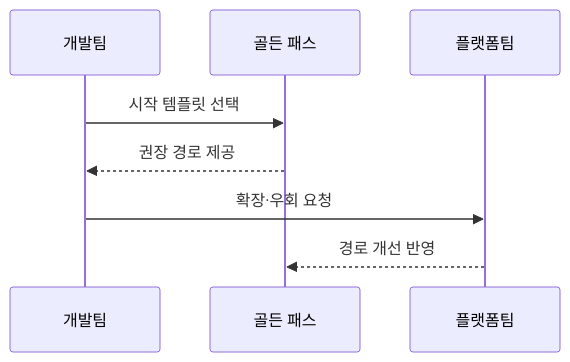
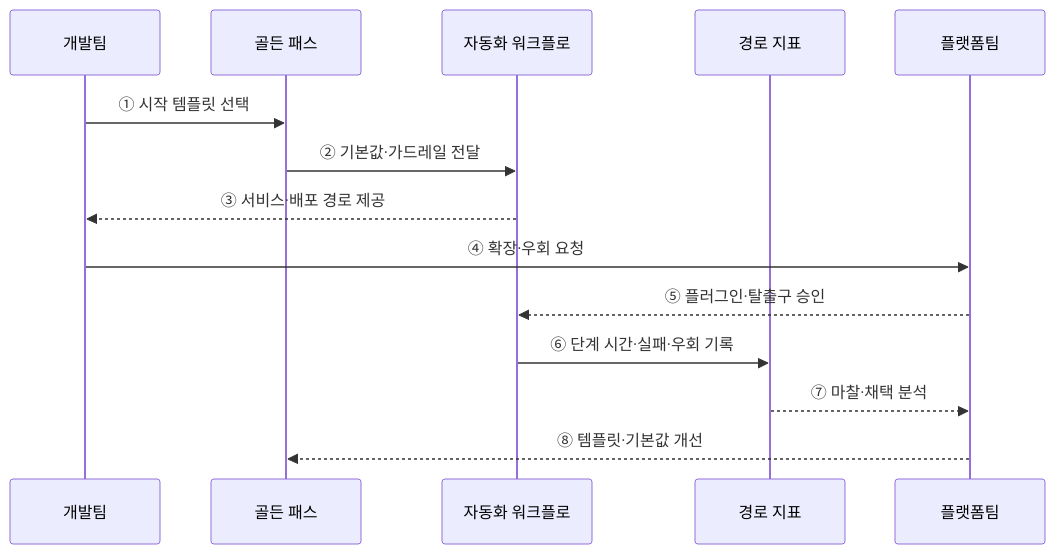
The second of 2 diagrams in src/content/docs/notes/03-software/083_internal_developer_platform_golden_path.md (agnusdei1207/knowledge-base), drawn with Mermaid before and after one commit. The commit also changed other lines of this file and 20 other files, not shown here.

````diff
--- a/src/content/docs/notes/03-software/083_internal_developer_platform_golden_path.md
+++ b/src/content/docs/notes/03-software/083_internal_developer_platform_golden_path.md
@@ -76,10 +68,16 @@
 ```mermaid
 sequenceDiagram
     participant D as 개발팀
     participant P as 골든 패스
+    participant W as 자동화 워크플로
+    participant M as 경로 지표
     participant A as 플랫폼팀
-    D->>P: 시작 템플릿 선택
-    P-->>D: 권장 경로 제공
-    D->>A: 확장·우회 요청
-    A-->>P: 경로 개선 반영
+    D->>P: ① 시작 템플릿 선택
+    P->>W: ② 기본값·가드레일 전달
+    W-->>D: ③ 서비스·배포 경로 제공
+    D->>A: ④ 확장·우회 요청
+    A-->>W: ⑤ 플러그인·탈출구 승인
+    W->>M: ⑥ 단계 시간·실패·우회 기록
+    M-->>A: ⑦ 마찰·채택 분석
+    A-->>P: ⑧ 템플릿·기본값 개선
 ```
````
